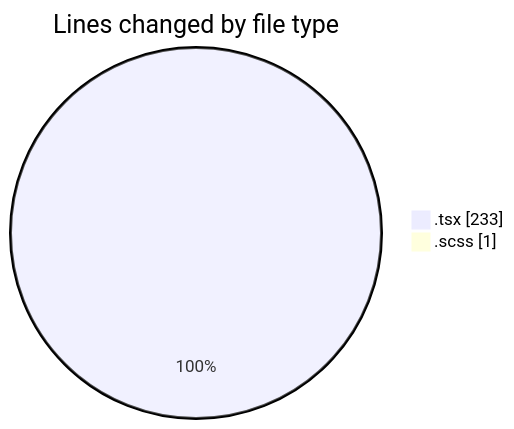
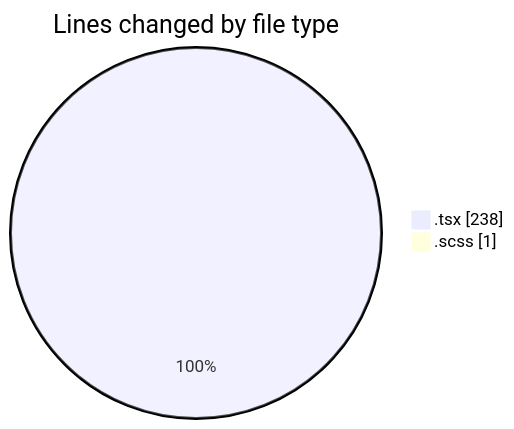
One commit to momahboobian/code-tracking changed the first of 2 diagrams in 2025-03-19/cda/README.md. Above: the diagram before and after it, drawn with Mermaid. The commit also changed other lines of this file and 1 other file, not shown here.

````diff
--- a/2025-03-19/cda/README.md
+++ b/2025-03-19/cda/README.md
@@ -23,6 +23,6 @@
 ```mermaid
 pie showData
 title Lines changed by file type
-".tsx" : 233
+".tsx" : 238
 ".scss" : 1
 ```
````
